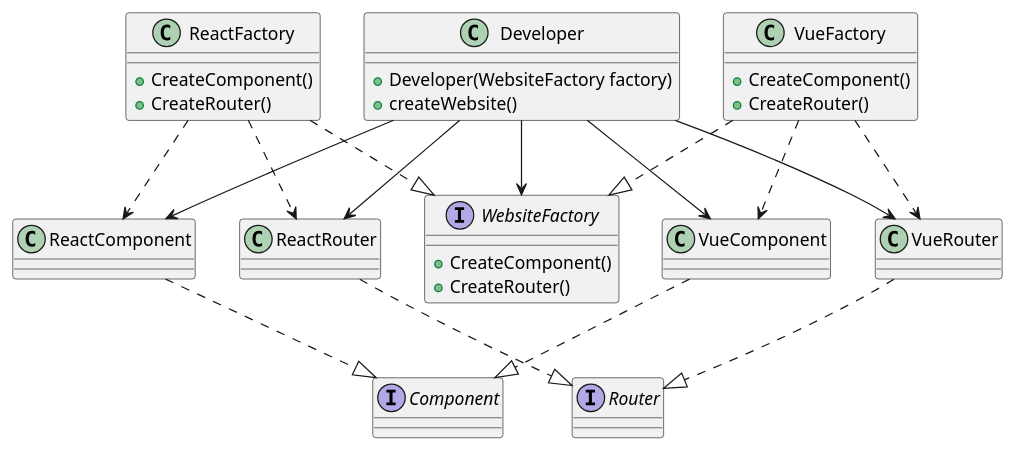
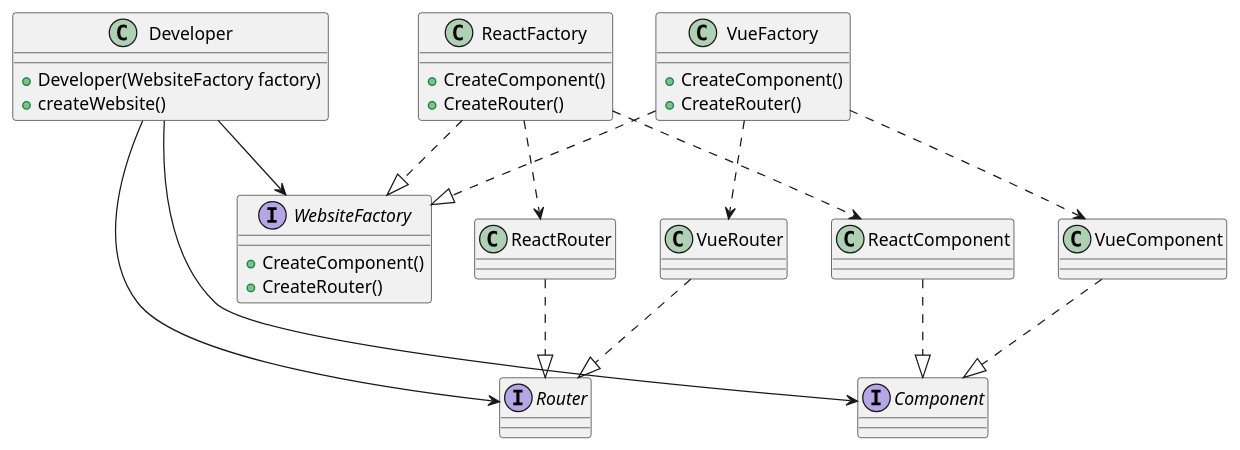
Before and after one commit to gillescoolen/design-patterns: the diagram in patterns/abstract-factory.puml, drawn with PlantUML.

Commit message:
Fix abstract factory

```diff
--- a/patterns/abstract-factory.puml
+++ b/patterns/abstract-factory.puml
@@ -1,55 +1,53 @@
 @startuml abstract-factory
 
 class Developer {
   + Developer(WebsiteFactory factory)
   + createWebsite()
 }
 
 interface WebsiteFactory {
   + CreateComponent()
   + CreateRouter()
 }
 
 class ReactFactory {
   + CreateComponent()
   + CreateRouter()
 }
 
 class VueFactory {
   + CreateComponent()
   + CreateRouter()
 }
 
 interface Router
 
 class ReactRouter
 class VueRouter
 
 interface Component
 
 class ReactComponent
 class VueComponent
 
 Developer --> WebsiteFactory
 
 ReactFactory ..|> WebsiteFactory
 VueFactory ..|> WebsiteFactory
 
 ReactRouter ..|> Router
 VueRouter ..|> Router
 
 ReactComponent ..|> Component
 VueComponent ..|> Component
 
 ReactFactory ..> ReactComponent
 ReactFactory ..> ReactRouter
 
 VueFactory ..> VueComponent
 VueFactory ..> VueRouter
 
-Developer --> ReactComponent
-Developer --> ReactRouter
-Developer --> VueComponent
-Developer --> VueRouter
+Developer --> Component
+Developer --> Router
 
 @enduml
```
